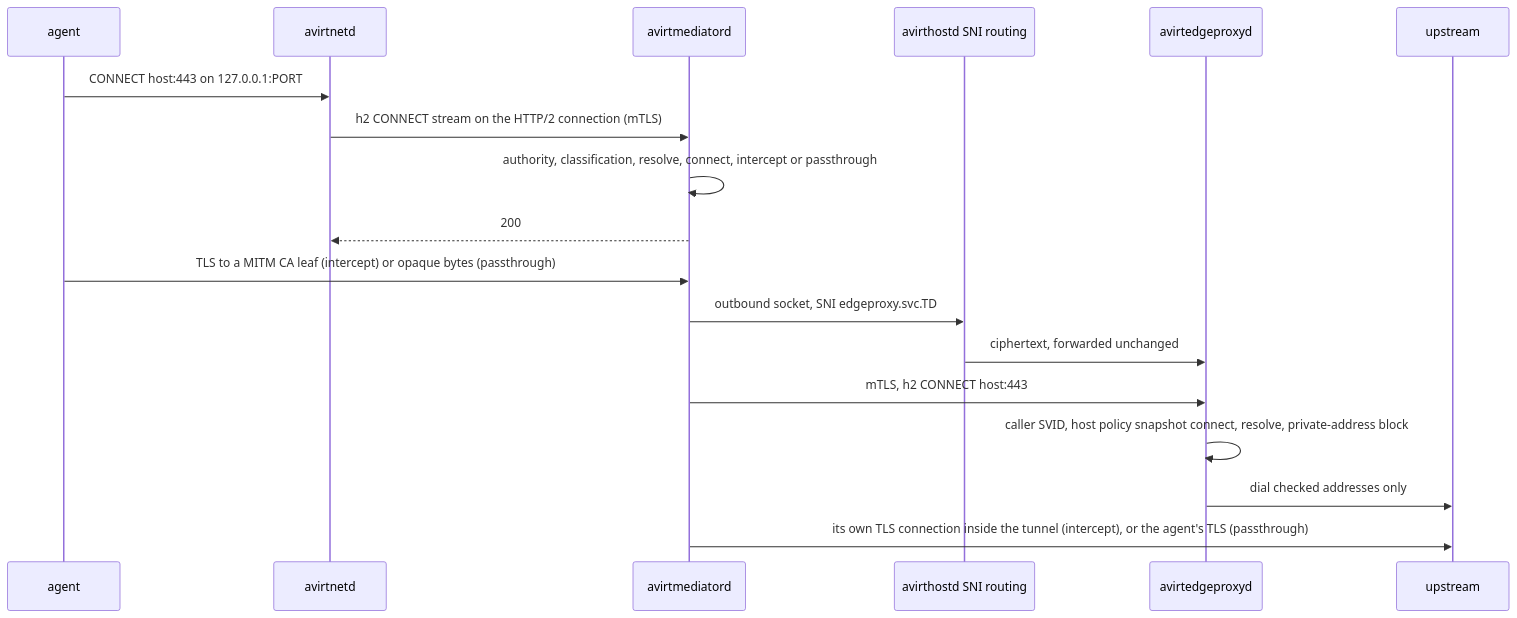
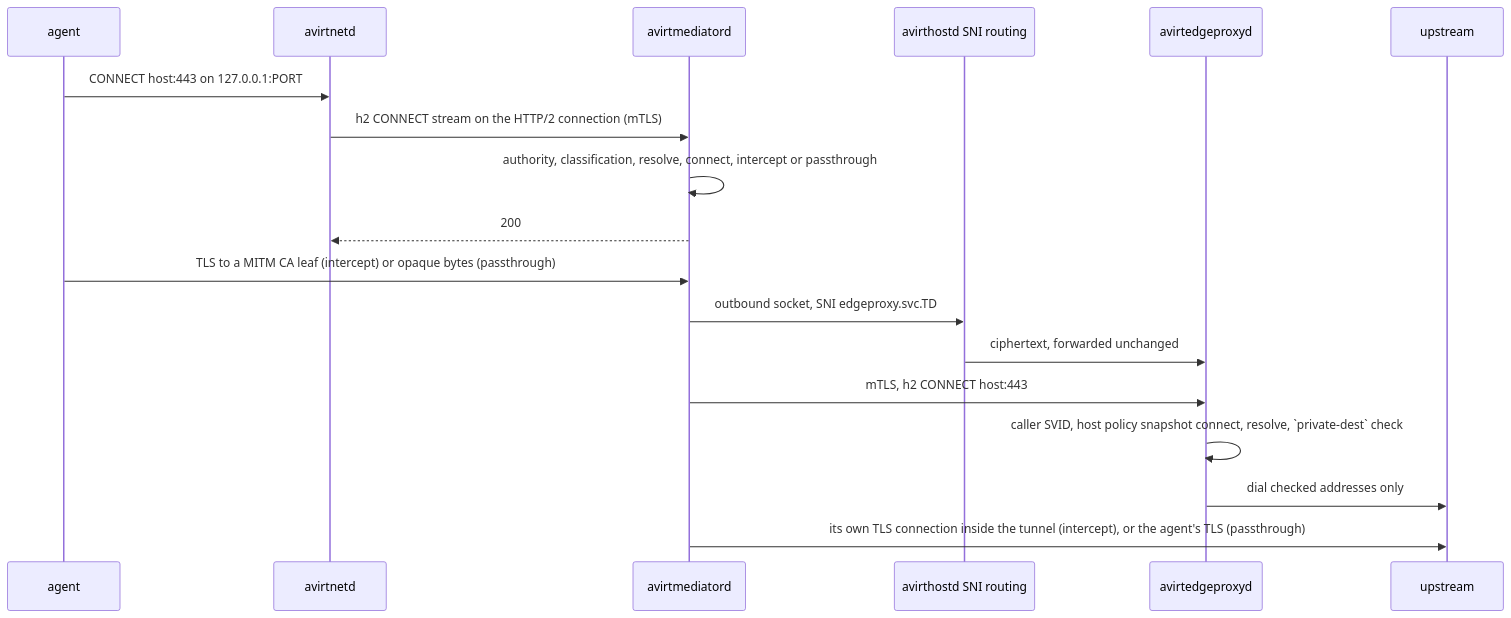
Before and after one commit to tbhb-dev/avirt: the second of 3 diagrams in docs/networking.md, drawn with Mermaid. The commit also changed other lines of this file and 40 other files, not shown here.

````diff
--- a/docs/networking.md
+++ b/docs/networking.md
@@ -161,20 +161,20 @@
 ```mermaid
 sequenceDiagram
     participant A as agent
     participant N as avirtnetd
     participant E as avirtmediatord
     participant R as avirthostd SNI routing
     participant F as avirtedgeproxyd
     participant U as upstream
     A->>N: CONNECT host:443 on 127.0.0.1:PORT
     N->>E: h2 CONNECT stream on the HTTP/2 connection (mTLS)
     E->>E: authority, classification, resolve, connect, intercept or passthrough
     E-->>N: 200
     A->>E: TLS to a MITM CA leaf (intercept) or opaque bytes (passthrough)
     E->>R: outbound socket, SNI edgeproxy.svc.TD
     R->>F: ciphertext, forwarded unchanged
     E->>F: mTLS, h2 CONNECT host:443
-    F->>F: caller SVID, host policy snapshot connect, resolve, private-address block
+    F->>F: caller SVID, host policy snapshot connect, resolve, `private-dest` check
     F->>U: dial checked addresses only
     E->>U: its own TLS connection inside the tunnel (intercept), or the agent's TLS (passthrough)
 ```
````
